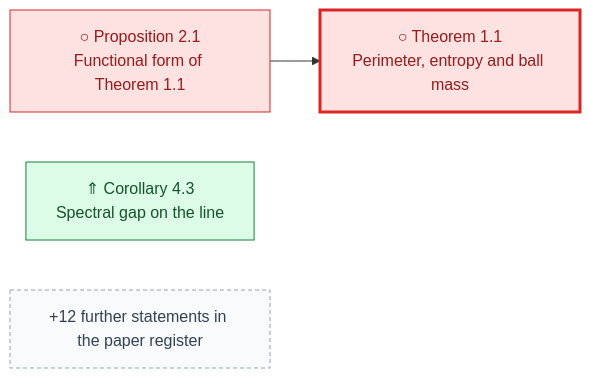
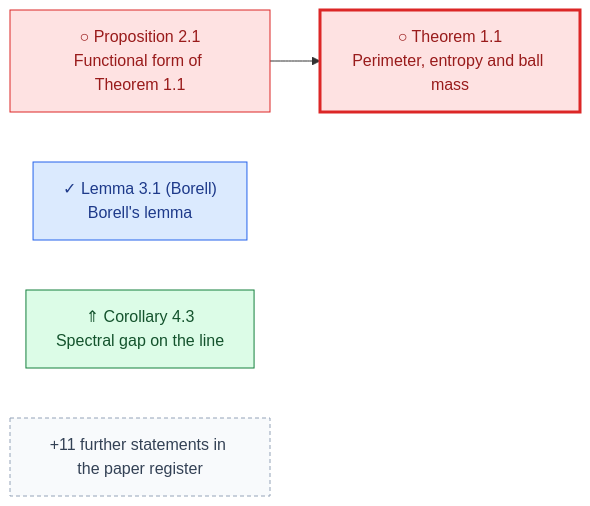
Before and after one commit to human-ai-mathematics/kls-lean: the second of 24 diagrams in research/progress/README.md, drawn with Mermaid. The commit also changed other lines of this file and 8 other files, not shown here.

First line of the commit message:
Formalize Borell's lemma (Bobkov 1999, Lemma 3.1)

````diff
--- a/research/progress/README.md
+++ b/research/progress/README.md
@@ -82,15 +82,18 @@
 ```mermaid
 flowchart LR
     Bobkov1999_T11["○ Theorem 1.1<br/>Perimeter, entropy and ball mass"]
     Bobkov1999_P21["○ Proposition 2.1<br/>Functional form of Theorem 1.1"]
+    Bobkov1999_L31["✓ Lemma 3.1 (Borell)<br/>Borell's lemma"]
     Bobkov1999_C43["⇑ Corollary 4.3<br/>Spectral gap on the line"]
     Bobkov1999_P21 --> Bobkov1999_T11
-    Bobkov1999_more["+12 further statements in the paper register"]
+    Bobkov1999_more["+11 further statements in the paper register"]
+    classDef lemma_formalized fill:#dbeafe,stroke:#2563eb,color:#1e3a8a;
+    class Bobkov1999_L31 lemma_formalized;
     classDef lemma_pending fill:#fee2e2,stroke:#dc2626,color:#991b1b;
     class Bobkov1999_T11,Bobkov1999_P21 lemma_pending;
     classDef lemma_improved fill:#dcfce7,stroke:#15803d,color:#14532d;
     class Bobkov1999_C43 lemma_improved;
     style Bobkov1999_T11 stroke-width:3px
     classDef lemma_more fill:#f8fafc,stroke:#94a3b8,color:#334155,stroke-dasharray:4 3;
     class Bobkov1999_more lemma_more;
 ```
````
